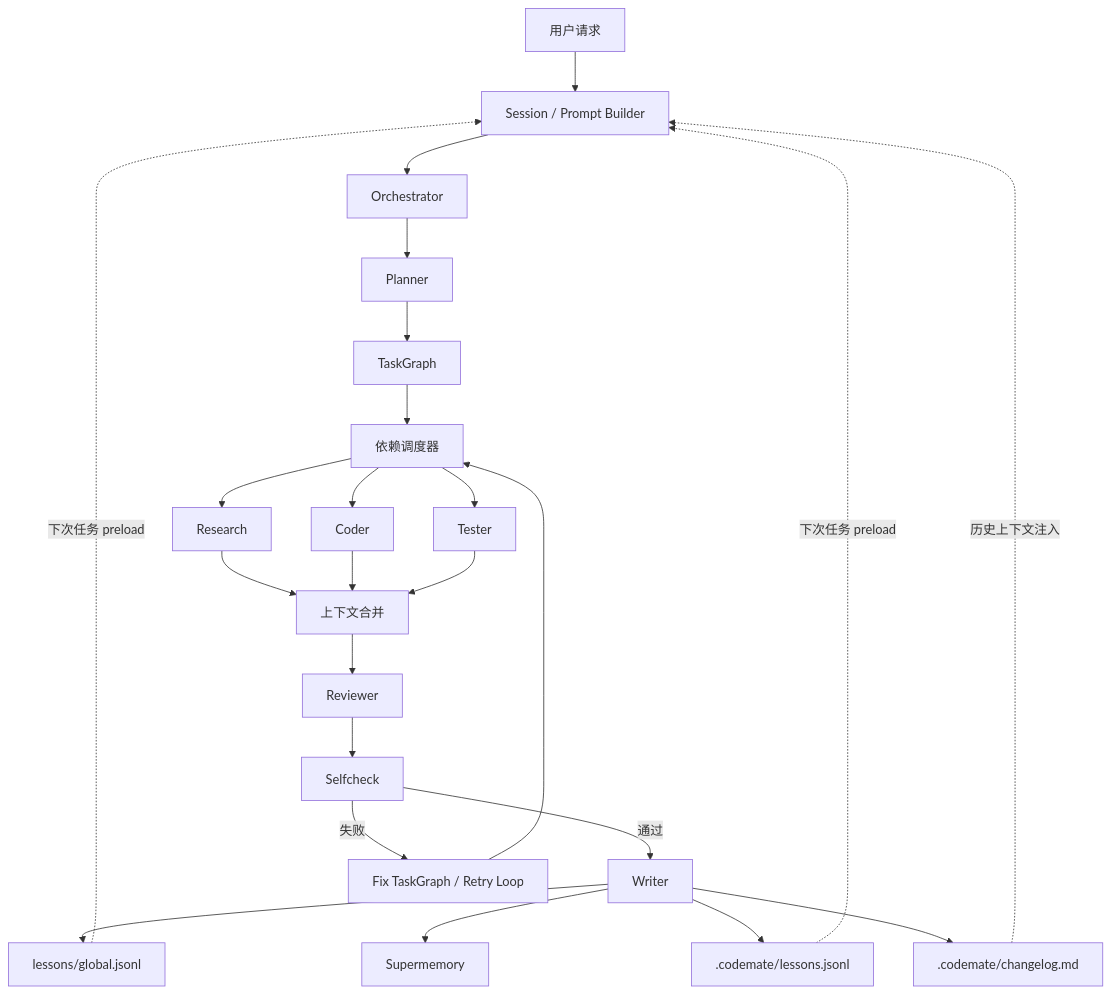
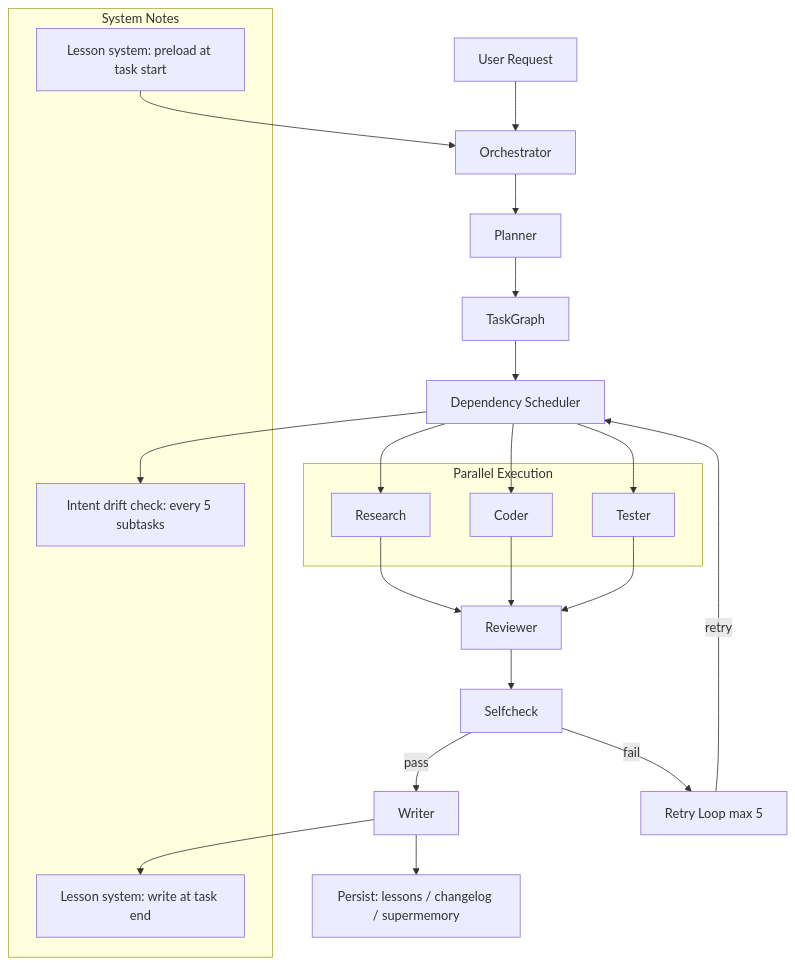
Before and after one commit to Wholiver/codemate: the diagram in README.md, drawn with Mermaid. The commit also changed 2 other files, not shown here.

Commit message:
docs: redesign README architecture mermaid flow

````diff
--- a/README.md
+++ b/README.md
@@ -61,31 +61,38 @@
 ```mermaid
 flowchart TD
-  user[用户请求] --> session[Session / Prompt Builder]
-  session --> orchestrator[Orchestrator]
+  request[User Request] --> orchestrator[Orchestrator]
   orchestrator --> planner[Planner]
   planner --> task_graph[TaskGraph]
+  task_graph --> scheduler[Dependency Scheduler]
 
-  task_graph --> schedule[依赖调度器]
-  schedule --> research[Research]
-  schedule --> coder[Coder]
-  schedule --> tester[Tester]
+  subgraph parallel[Parallel Execution]
+    research[Research]
+    coder[Coder]
+    tester[Tester]
+  end
 
-  research --> integrate[上下文合并]
-  coder --> integrate
-  tester --> integrate
-  integrate --> reviewer[Reviewer]
+  scheduler --> research
+  scheduler --> coder
+  scheduler --> tester
+
+  research --> reviewer[Reviewer]
+  coder --> reviewer
+  tester --> reviewer
+
   reviewer --> selfcheck[Selfcheck]
+  selfcheck -->|pass| writer[Writer]
+  selfcheck -->|fail| retry_loop[Retry Loop max 5]
+  retry_loop -->|retry| scheduler
 
-  selfcheck -->|通过| writer[Writer]
-  selfcheck -->|失败| retry[Fix TaskGraph / Retry Loop]
-  retry --> schedule
+  writer --> persistence[Persist: lessons / changelog / supermemory]
 
-  writer --> changelog[.codemate/changelog.md]
-  writer --> project_lessons[.codemate/lessons.jsonl]
-  writer --> global_lessons[lessons/global.jsonl]
-  writer --> supermemory[Supermemory]
+  subgraph notes[System Notes]
+    preload_note[Lesson system: preload at task start]
+    write_note[Lesson system: write at task end]
+    drift_note[Intent drift check: every 5 subtasks]
+  end
 
-  project_lessons -. 下次任务 preload .-> session
-  global_lessons -. 下次任务 preload .-> session
-  changelog -. 历史上下文注入 .-> session
+  preload_note --> orchestrator
+  writer --> write_note
+  scheduler --> drift_note
 ```
````
